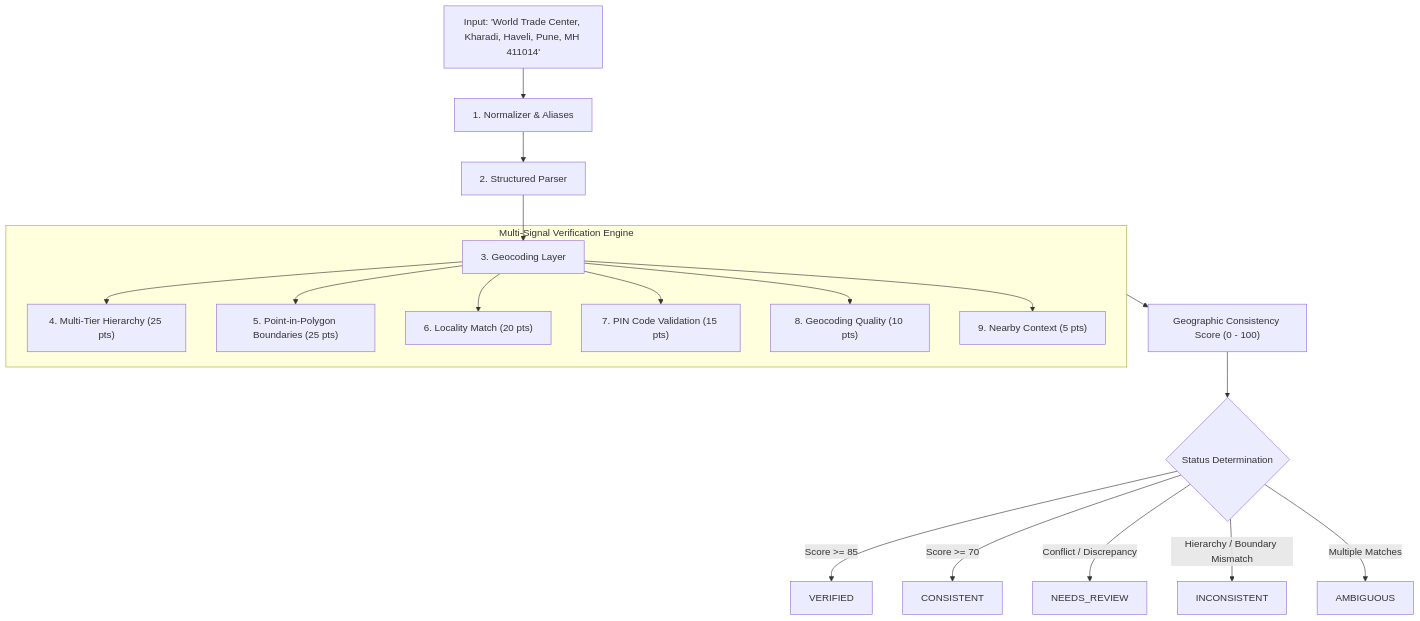
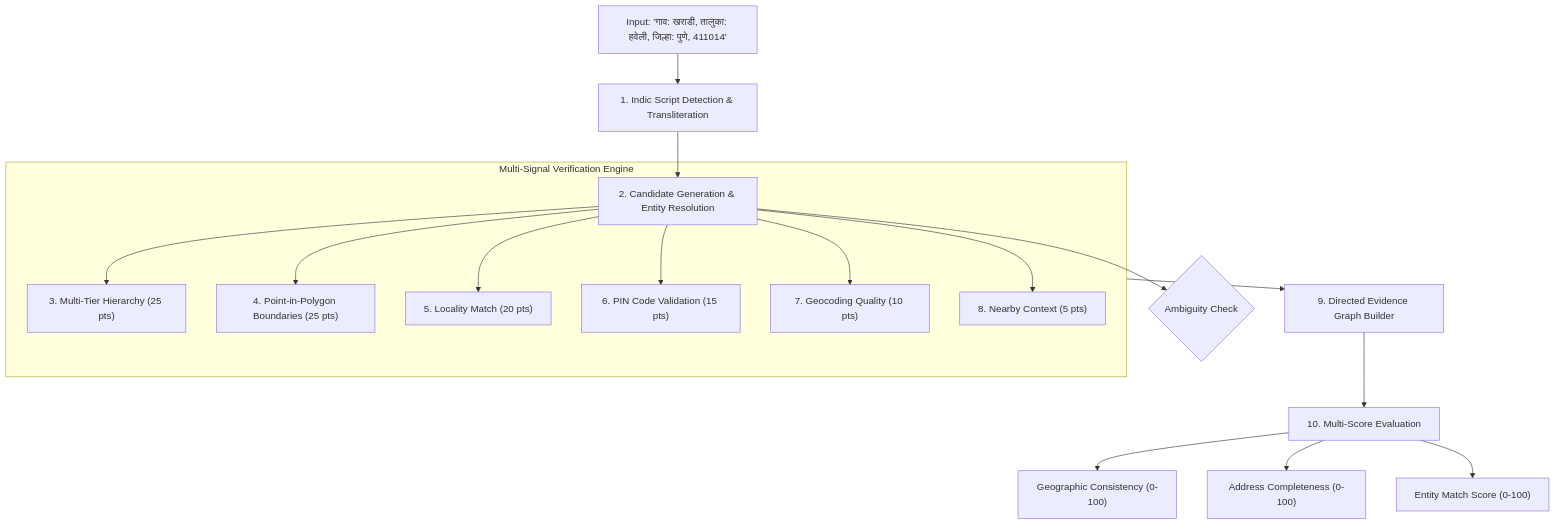
Before and after one commit to maneaditya478-commits/GeoVerify: the diagram in README.md, drawn with Mermaid. The commit also changed other lines of this file and 41 other files, not shown here.

Commit message:
feat(phase-3): implement address intelligence, entity resolution, evidence graph & multilingual transliteration

````diff
--- a/README.md
+++ b/README.md
@@ -31,24 +44,22 @@
 ```mermaid
 flowchart TD
-    Input["Input: 'World Trade Center, Kharadi, Haveli, Pune, MH 411014'"] --> Norm[1. Normalizer & Aliases]
-    Norm --> Parse[2. Structured Parser]
-    Parse --> Geo[3. Geocoding Layer]
+    Input["Input: 'गाव: खराडी, तालुका: हवेली, जिल्हा: पुणे, 411014'"] --> Indic[1. Indic Script Detection & Transliteration]
+    Indic --> EntityRes[2. Candidate Generation & Entity Resolution]
+    EntityRes --> Ambiguity{Ambiguity Check}
     
     subgraph MultiSignal [Multi-Signal Verification Engine]
-        Geo --> Hier["4. Multi-Tier Hierarchy (25 pts)"]
-        Geo --> Bound["5. Point-in-Polygon Boundaries (25 pts)"]
-        Geo --> Loc["6. Locality Match (20 pts)"]
-        Geo --> Pin["7. PIN Code Validation (15 pts)"]
-        Geo --> Geoc["8. Geocoding Quality (10 pts)"]
-        Geo --> Near["9. Nearby Context (5 pts)"]
+        EntityRes --> Hier["3. Multi-Tier Hierarchy (25 pts)"]
+        EntityRes --> Bound["4. Point-in-Polygon Boundaries (25 pts)"]
+        EntityRes --> Loc["5. Locality Match (20 pts)"]
+        EntityRes --> Pin["6. PIN Code Validation (15 pts)"]
+        EntityRes --> Geoc["7. Geocoding Quality (10 pts)"]
+        EntityRes --> Near["8. Nearby Context (5 pts)"]
     end
     
-    MultiSignal --> Score["Geographic Consistency Score (0 - 100)"]
-    Score --> Status{"Status Determination"}
+    MultiSignal --> EvidGraph["9. Directed Evidence Graph Builder"]
+    EvidGraph --> MultiScores["10. Multi-Score Evaluation"]
     
-    Status -->|Score >= 85| V[VERIFIED]
-    Status -->|Score >= 70| C[CONSISTENT]
-    Status -->|Conflict / Discrepancy| R[NEEDS_REVIEW]
-    Status -->|Hierarchy / Boundary Mismatch| I[INCONSISTENT]
-    Status -->|Multiple Matches| A[AMBIGUOUS]
+    MultiScores --> S1["Geographic Consistency (0-100)"]
+    MultiScores --> S2["Address Completeness (0-100)"]
+    MultiScores --> S3["Entity Match Score (0-100)"]
 ```
````
